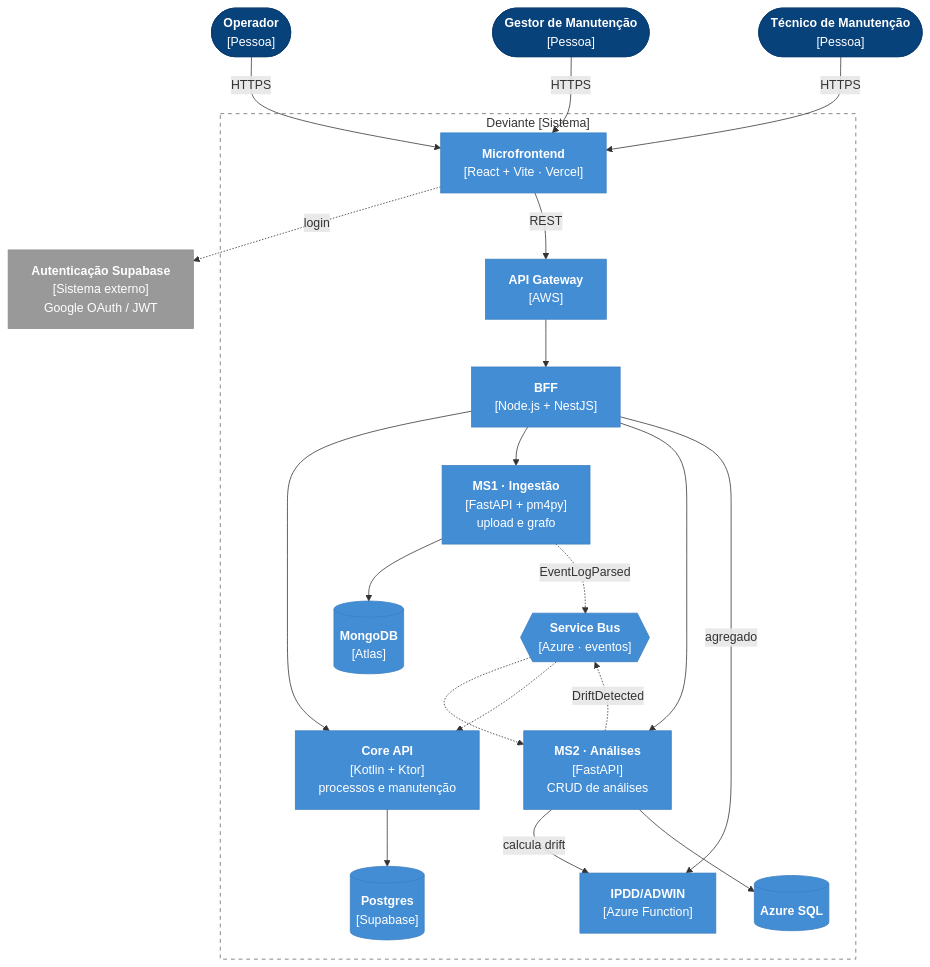
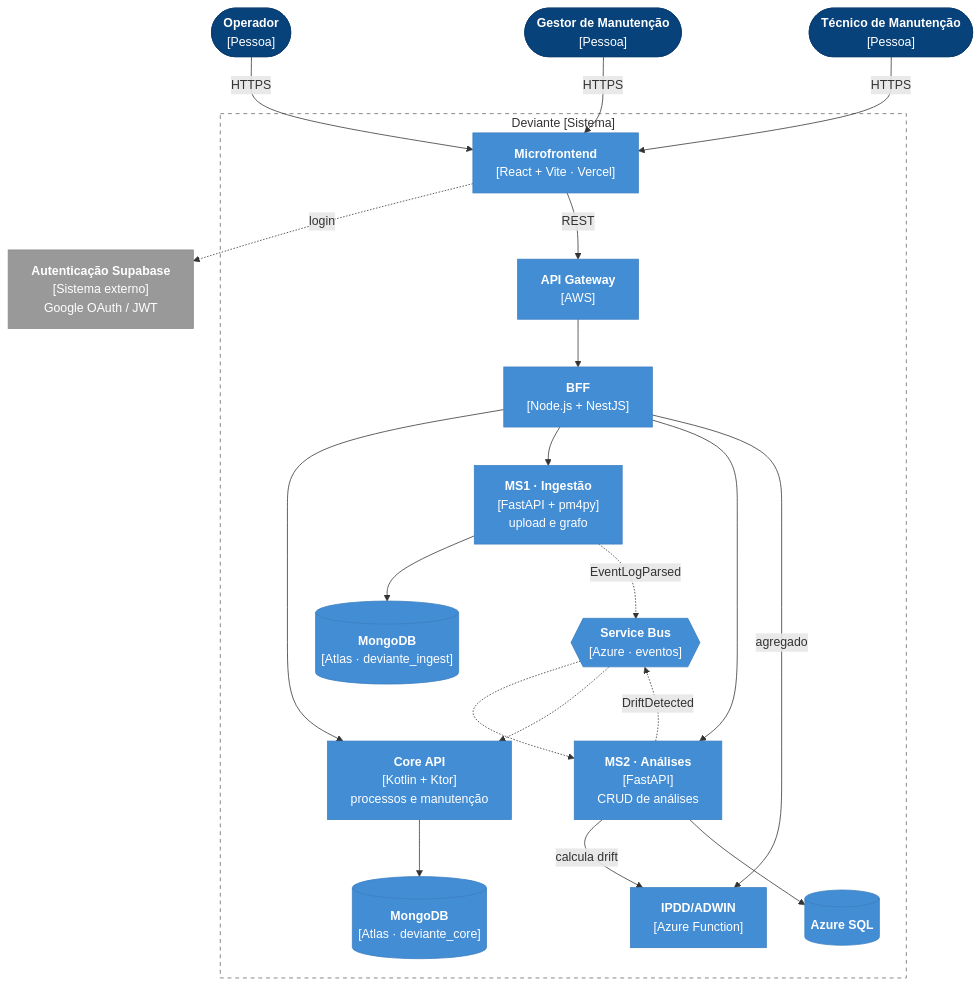
The second of 13 diagrams in architecture/arc42.md (aland3r/deviante-docs), drawn with Mermaid before and after one commit. The commit also changed other lines of this file, not shown here.

First line of the commit message:
arc42: Core no MongoDB Atlas, Supabase só para identidade (ADR 03 e 08, §1.1, §2, §4, §5, §7, §8, §11)

````diff
--- a/architecture/arc42.md
+++ b/architecture/arc42.md
@@ -258,43 +258,43 @@
 ```mermaid
 flowchart TB
     operador(["<b>Operador</b><br/>[Pessoa]"])
     gestor(["<b>Gestor de Manutenção</b><br/>[Pessoa]"])
     tecnico(["<b>Técnico de Manutenção</b><br/>[Pessoa]"])
     auth["<b>Autenticação Supabase</b><br/>[Sistema externo]<br/>Google OAuth / JWT"]
 
     subgraph dv["Deviante [Sistema]"]
         web["<b>Microfrontend</b><br/>[React + Vite · Vercel]"]
         gw["<b>API Gateway</b><br/>[AWS]"]
         bff["<b>BFF</b><br/>[Node.js + NestJS]"]
         core["<b>Core API</b><br/>[Kotlin + Ktor]<br/>processos e manutenção"]
         ms1["<b>MS1 · Ingestão</b><br/>[FastAPI + pm4py]<br/>upload e grafo"]
         ms2["<b>MS2 · Análises</b><br/>[FastAPI]<br/>CRUD de análises"]
         fn["<b>IPDD/ADWIN</b><br/>[Azure Function]"]
         bus{{"<b>Service Bus</b><br/>[Azure · eventos]"}}
-        dbCore[("<b>Postgres</b><br/>[Supabase]")]
-        dbMs1[("<b>MongoDB</b><br/>[Atlas]")]
+        dbCore[("<b>MongoDB</b><br/>[Atlas · deviante_core]")]
+        dbMs1[("<b>MongoDB</b><br/>[Atlas · deviante_ingest]")]
         dbMs2[("<b>Azure SQL</b>")]
     end
 
     operador & gestor & tecnico -->|HTTPS| web
     web -.->|login| auth
     web -->|REST| gw --> bff
     bff --> core & ms1 & ms2
     bff -->|agregado| fn
     ms2 -->|calcula drift| fn
     core --> dbCore
     ms1 --> dbMs1
     ms2 --> dbMs2
     ms1 -.->|EventLogParsed| bus
     bus -.-> ms2
     ms2 -.->|DriftDetected| bus
     bus -.-> core
 
     classDef person fill:#08427B,stroke:#073B6F,color:#fff
     classDef container fill:#438DD5,stroke:#3C7FC0,color:#fff
     classDef external fill:#999999,stroke:#8A8A8A,color:#fff
     class operador,gestor,tecnico person
     class web,gw,bff,core,ms1,ms2,fn,bus,dbCore,dbMs1,dbMs2 container
     class auth external
     style dv fill:none,stroke:#666,stroke-dasharray:5 5
 ```
````
